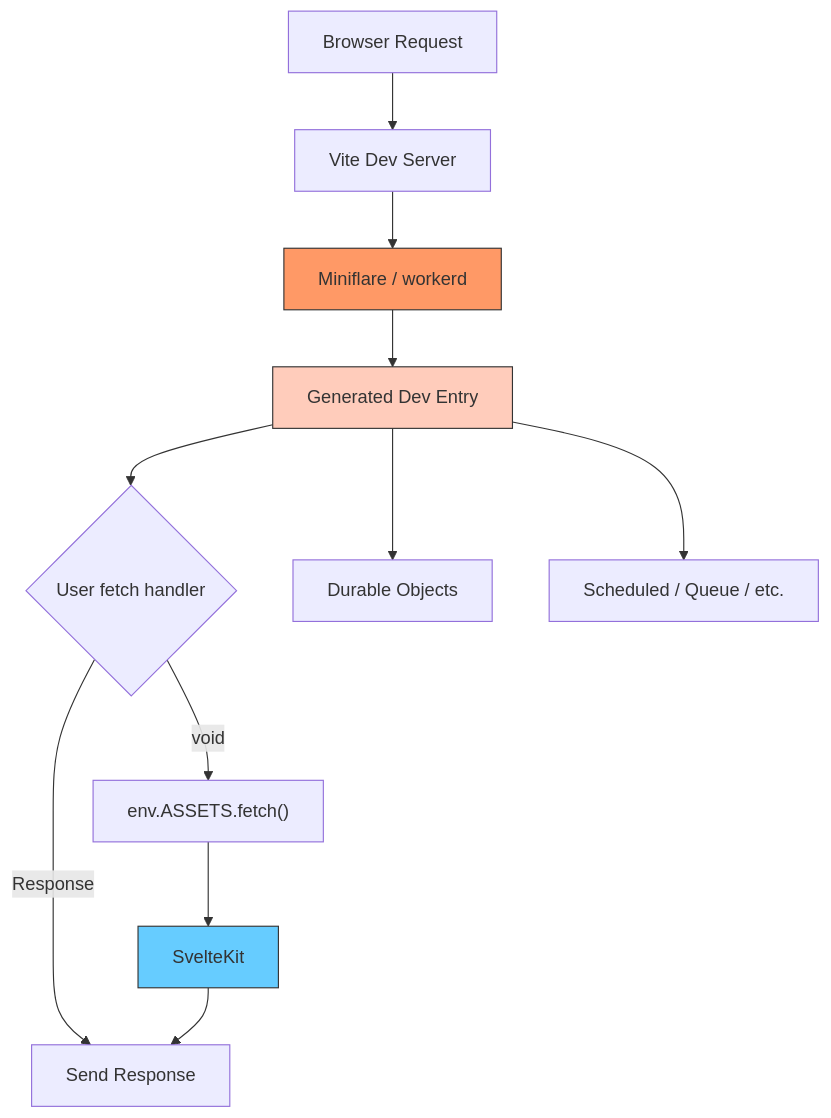
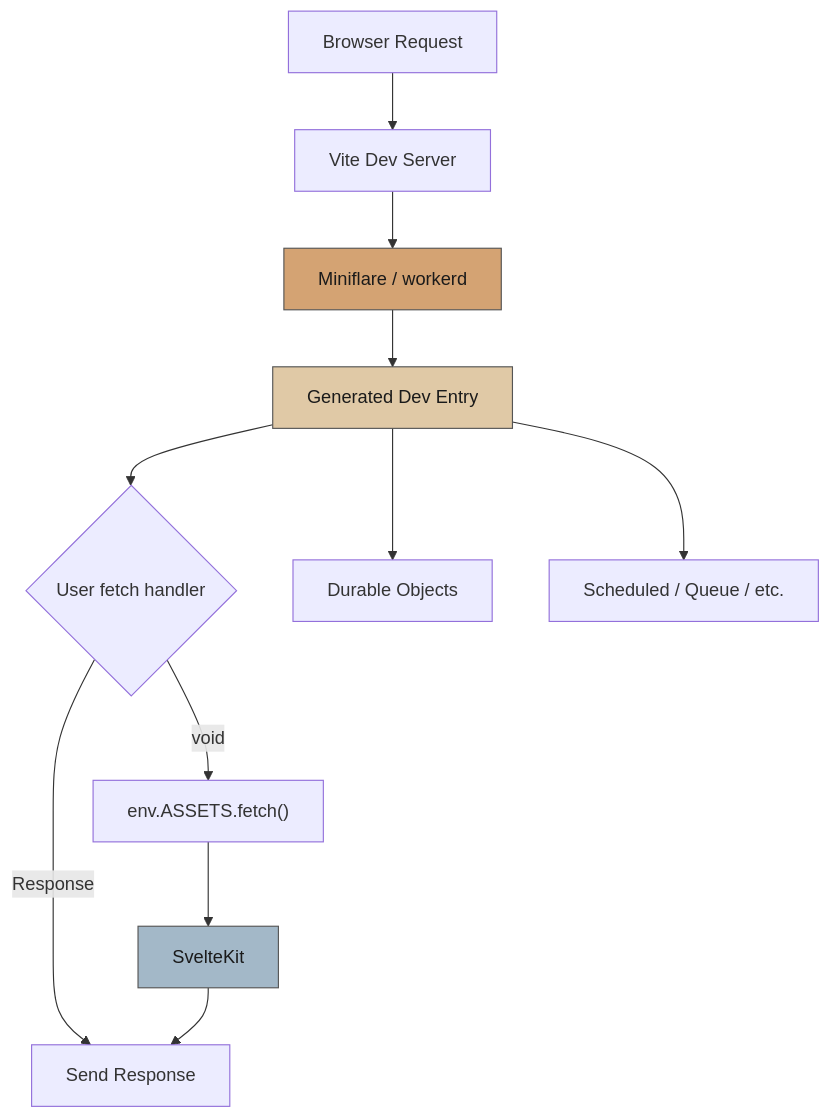
The first of 2 diagrams in README.md (beynar/sveltekit-cloudflare-worker), drawn with Mermaid before and after one commit. The commit also changed other lines of this file and 1 other file, not shown here.

````diff
--- a/README.md
+++ b/README.md
@@ -242,18 +242,18 @@
 ```mermaid
 flowchart TD
     A[Browser Request] --> B[Vite Dev Server]
     B --> C[Miniflare / workerd]
     C --> D[Generated Dev Entry]
     D --> E{User fetch handler}
     E -->|Response| F[Send Response]
     E -->|void| G["env.ASSETS.fetch()"]
     G --> H[SvelteKit]
     H --> F
 
     D --> I[Durable Objects]
     D --> J[Scheduled / Queue / etc.]
 
-    style C fill:#f96,stroke:#333
-    style D fill:#fcb,stroke:#333
-    style H fill:#6cf,stroke:#333
+    style C fill:#d4a373,stroke:#555,color:#1a1a1a
+    style D fill:#e0c9a6,stroke:#555,color:#1a1a1a
+    style H fill:#a3b8c8,stroke:#555,color:#1a1a1a
 ```
````
